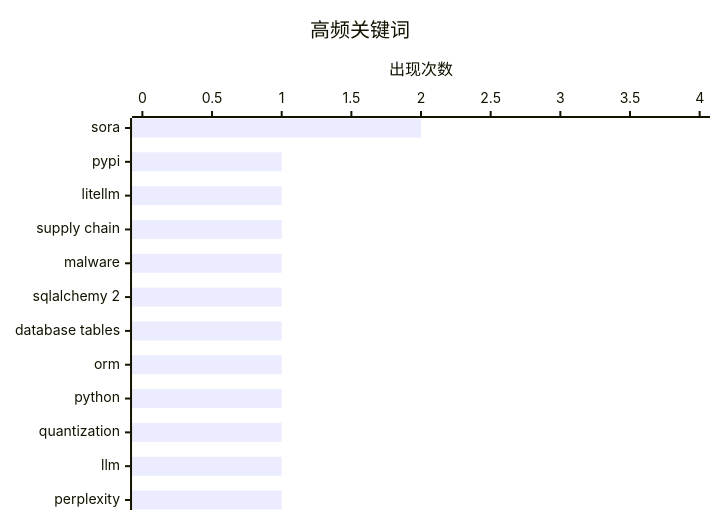
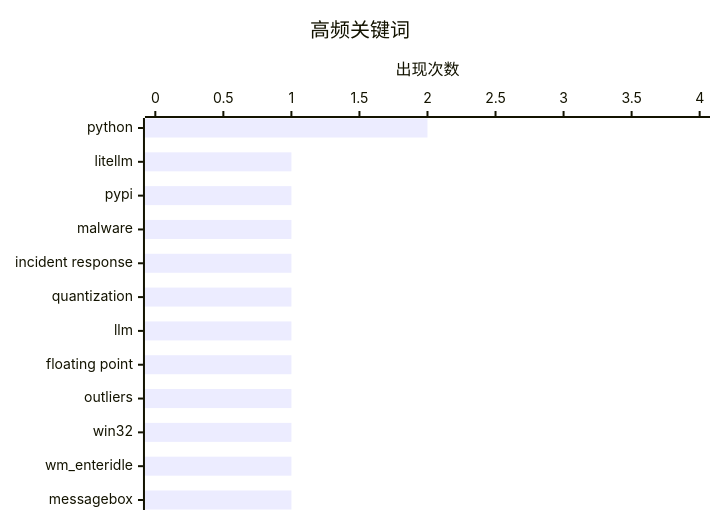
One commit to originem0/SZBlog changed the second of 2 diagrams in content/ai-daily/2026-03-27.md. Above: the diagram before and after it, drawn with Mermaid. The commit also changed other lines of this file, not shown here.

````diff
--- a/content/ai-daily/2026-03-27.md
+++ b/content/ai-daily/2026-03-27.md
@@ -67,7 +67,7 @@
 ```mermaid
 xychart-beta horizontal
     title "高频关键词"
-    x-axis ["sora", "pypi", "litellm", "supply chain", "malware", "sqlalchemy 2", "database tables", "orm", "python", "quantization", "llm", "perplexity"]
+    x-axis ["python", "litellm", "pypi", "malware", "incident response", "quantization", "llm", "floating point", "outliers", "win32", "wm_enteridle", "messagebox"]
     y-axis "出现次数" 0 --> 4
     bar [2, 1, 1, 1, 1, 1, 1, 1, 1, 1, 1, 1]
 ```
````
